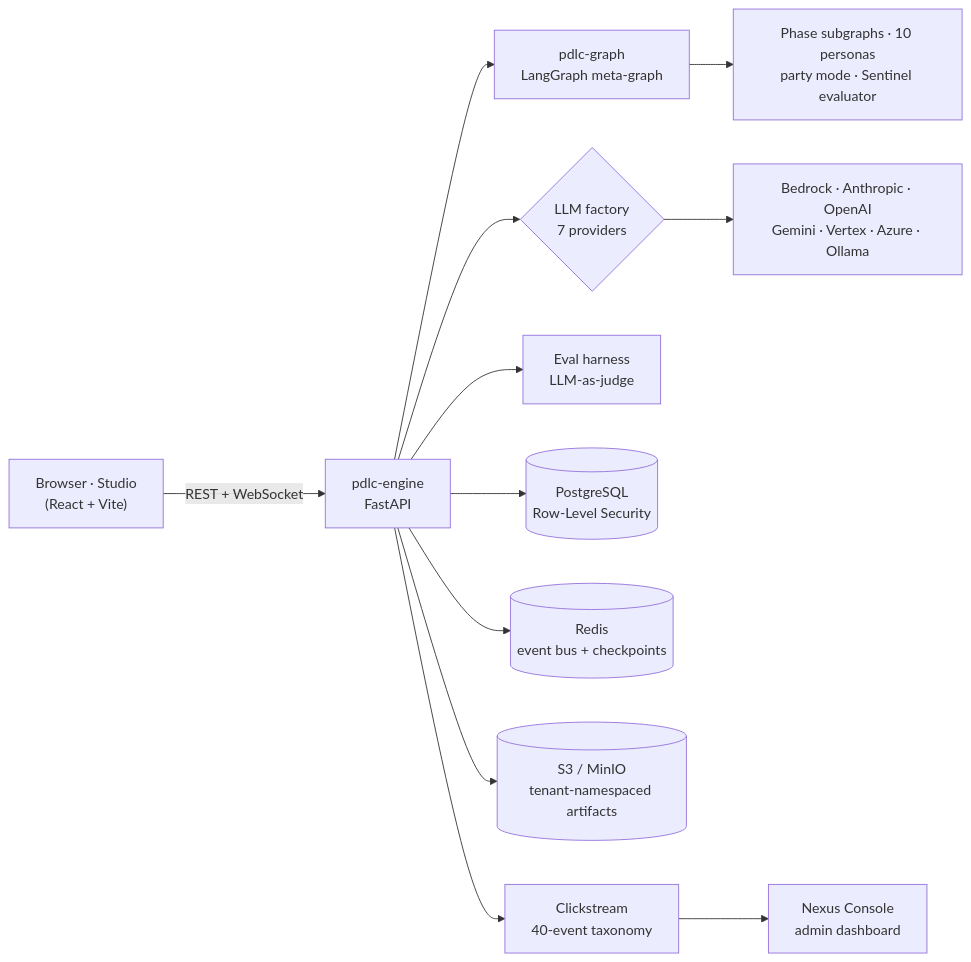
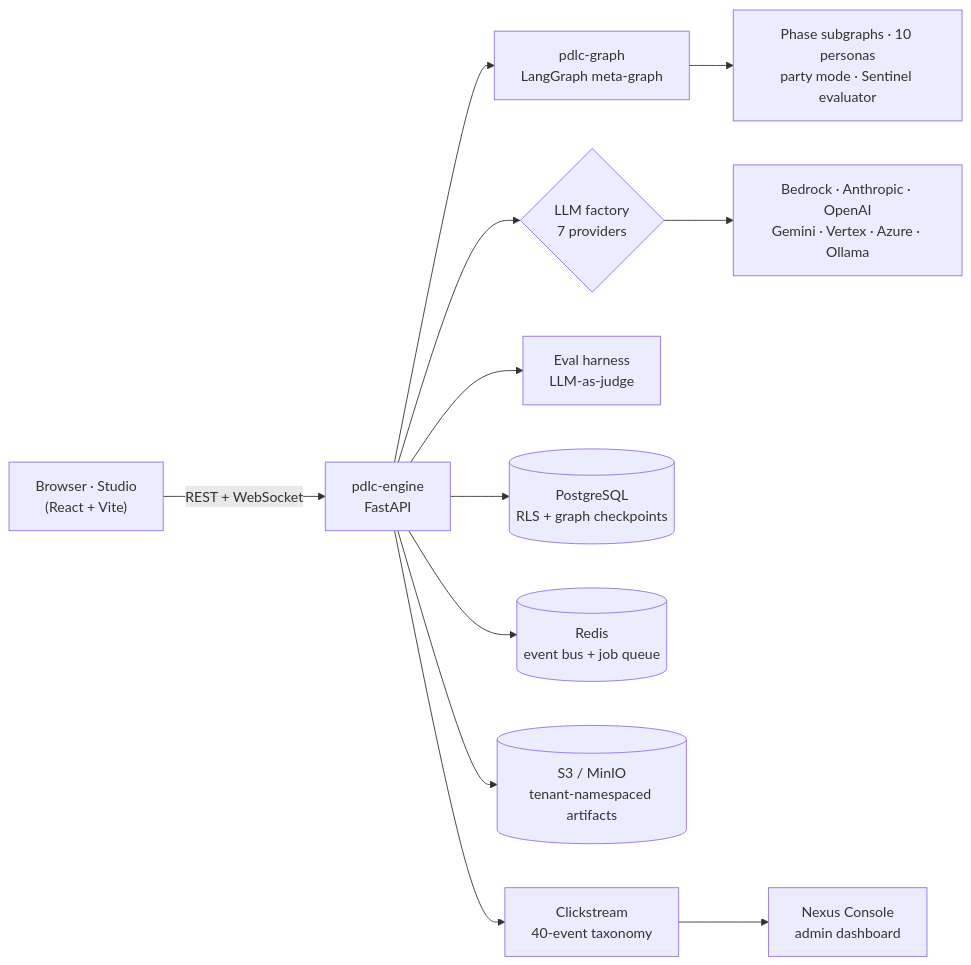
Before and after one commit to pdlc-os/pdlcflow: the diagram in README.md, drawn with Mermaid. The commit also changed other lines of this file and 5 other files, not shown here.

````diff
--- a/README.md
+++ b/README.md
@@ -115,13 +129,13 @@
 ```mermaid
 flowchart LR
   U["Browser · Studio<br/>(React + Vite)"] -->|REST + WebSocket| API["pdlc-engine<br/>FastAPI"]
   API --> G["pdlc-graph<br/>LangGraph meta-graph"]
   G --> P["Phase subgraphs · 10 personas<br/>party mode · Sentinel evaluator"]
   API --> LLM{"LLM factory<br/>7 providers"}
   LLM --> PROV["Bedrock · Anthropic · OpenAI<br/>Gemini · Vertex · Azure · Ollama"]
   API --> EV["Eval harness<br/>LLM-as-judge"]
-  API --> PG[("PostgreSQL<br/>Row-Level Security")]
-  API --> RD[("Redis<br/>event bus + checkpoints")]
+  API --> PG[("PostgreSQL<br/>RLS + graph checkpoints")]
+  API --> RD[("Redis<br/>event bus + job queue")]
   API --> OBJ[("S3 / MinIO<br/>tenant-namespaced artifacts")]
   API --> CS["Clickstream<br/>40-event taxonomy"] --> AD["Nexus Console<br/>admin dashboard"]
 ```
````
